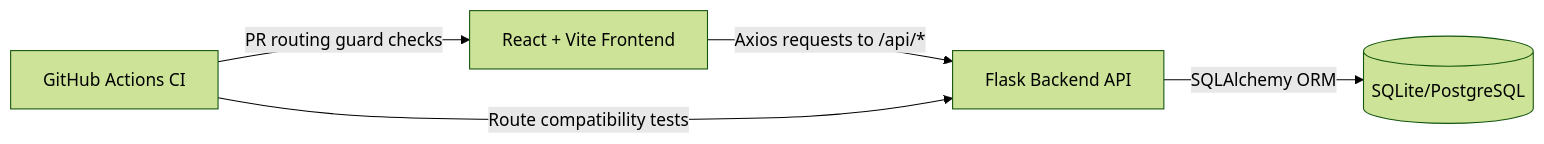
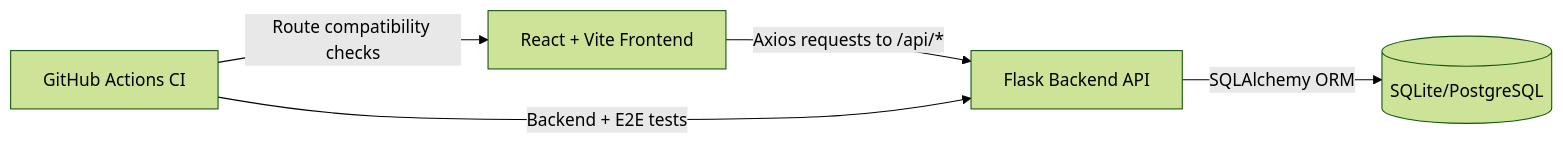
The diagram in README.md (sjmanyarkiy/asset-inventory-management-system), drawn with Mermaid (forest theme) before and after one commit. The commit also changed other lines of this file and 3 other files, not shown here.

````diff
--- a/README.md
+++ b/README.md
@@ -58,7 +38,7 @@
 ```mermaid
 flowchart LR
   A[React + Vite Frontend] -->|Axios requests to /api/*| B[Flask Backend API]
   B -->|SQLAlchemy ORM| C[(SQLite/PostgreSQL)]
-  D[GitHub Actions CI] -->|PR routing guard checks| A
-  D -->|Route compatibility tests| B
+  D[GitHub Actions CI] -->|Route compatibility checks| A
+  D -->|Backend + E2E tests| B
 ```
````
